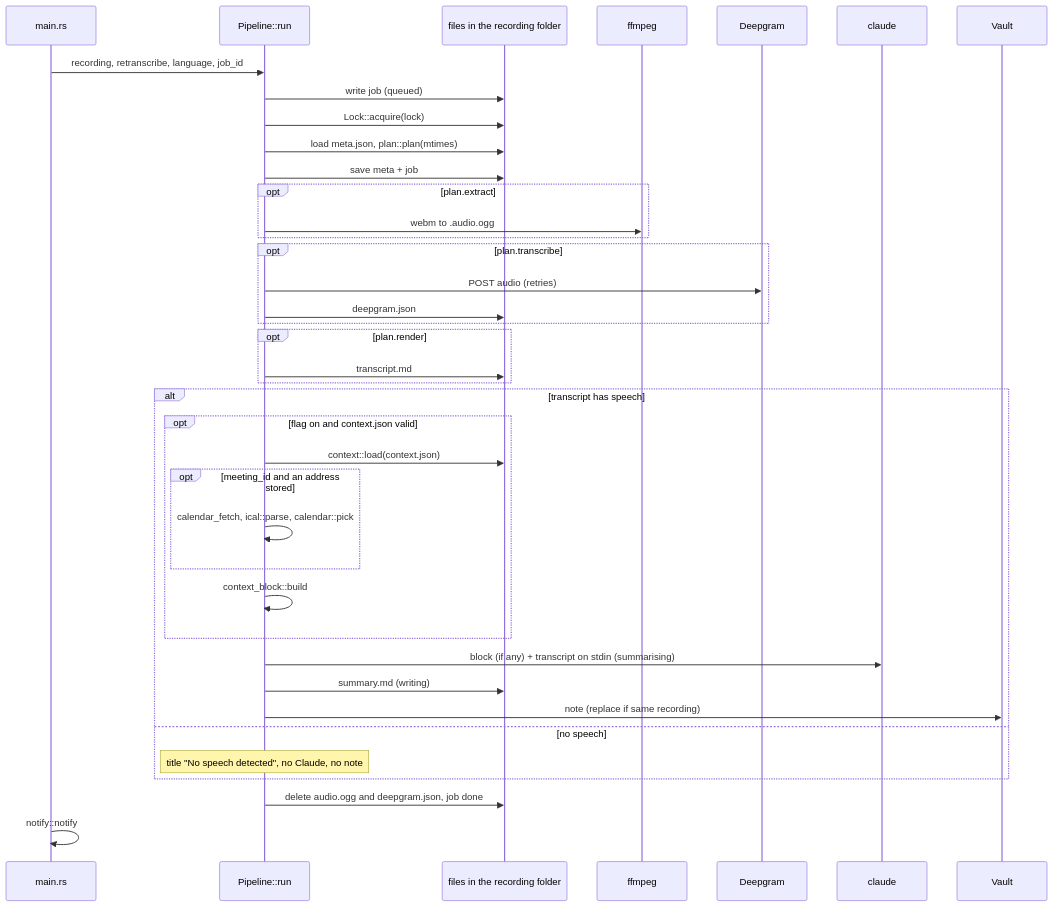
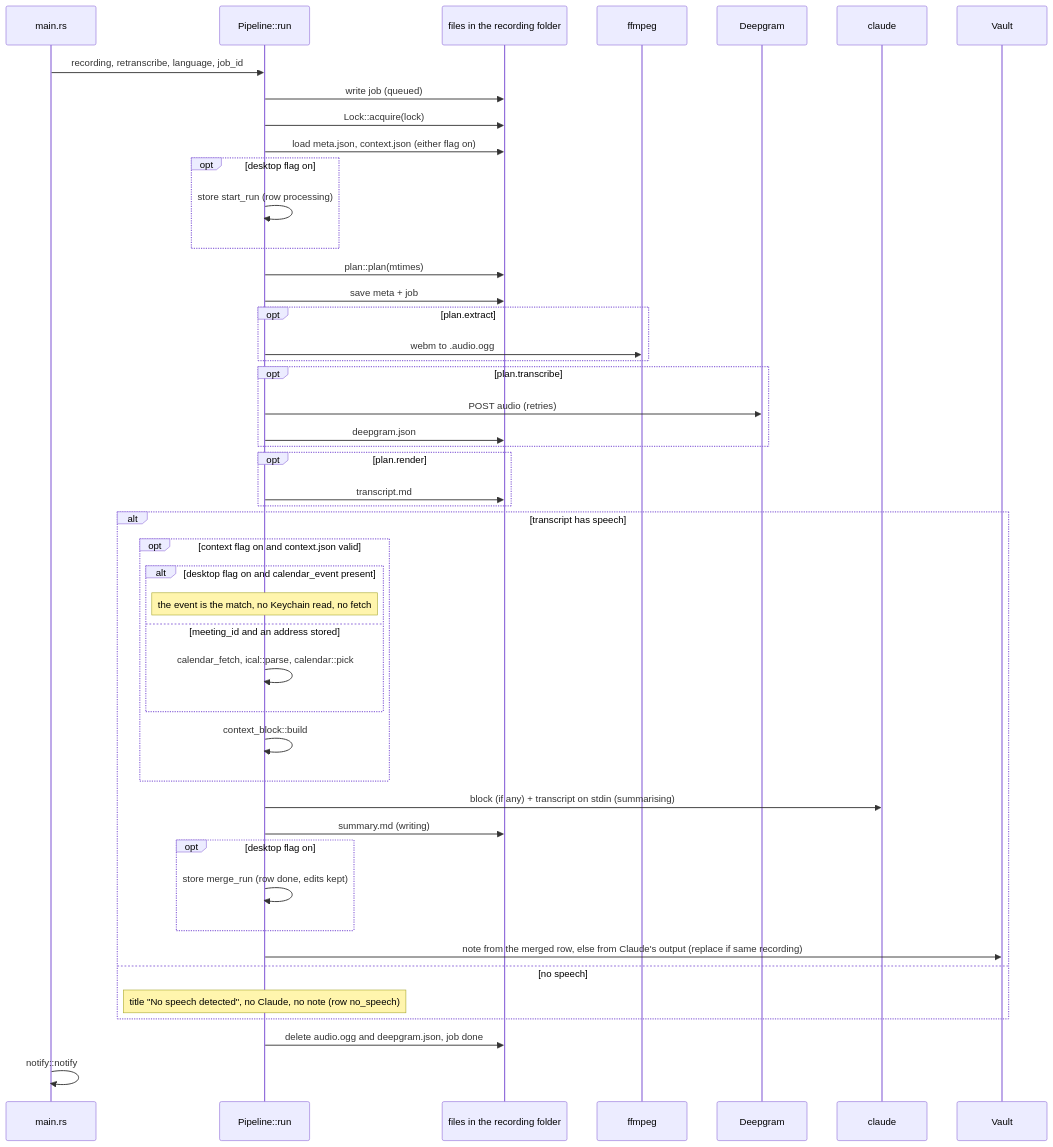
The first of 2 diagrams in docs/features/processing.md (masnun-siam/meeting-manager), drawn with Mermaid before and after one commit. The commit also changed other lines of this file and 2 other files, not shown here.

Commit message:
docs(#139): describe the pipeline's store writes and calendar_event

````diff
--- a/docs/features/processing.md
+++ b/docs/features/processing.md
@@ -22,41 +22,49 @@
 ```mermaid
 sequenceDiagram
     participant M as main.rs
     participant P as Pipeline::run
     participant FS as files in the recording folder
     participant X as ffmpeg
     participant D as Deepgram
     participant C as claude
     participant V as Vault
     M->>P: recording, retranscribe, language, job_id
     P->>FS: write job (queued)
     P->>FS: Lock::acquire(lock)
-    P->>FS: load meta.json, plan::plan(mtimes)
+    P->>FS: load meta.json, context.json (either flag on)
+    opt desktop flag on
+        P->>P: store start_run (row processing)
+    end
+    P->>FS: plan::plan(mtimes)
     P->>FS: save meta + job
     opt plan.extract
         P->>X: webm to .audio.ogg
     end
     opt plan.transcribe
         P->>D: POST audio (retries)
         P->>FS: deepgram.json
     end
     opt plan.render
         P->>FS: transcript.md
     end
     alt transcript has speech
-        opt flag on and context.json valid
-            P->>FS: context::load(context.json)
-            opt meeting_id and an address stored
+        opt context flag on and context.json valid
+            alt desktop flag on and calendar_event present
+                Note over P: the event is the match, no Keychain read, no fetch
+            else meeting_id and an address stored
                 P->>P: calendar_fetch, ical::parse, calendar::pick
             end
             P->>P: context_block::build
         end
         P->>C: block (if any) + transcript on stdin (summarising)
         P->>FS: summary.md (writing)
-        P->>V: note (replace if same recording)
+        opt desktop flag on
+            P->>P: store merge_run (row done, edits kept)
+        end
+        P->>V: note from the merged row, else from Claude's output (replace if same recording)
     else no speech
-        Note over P: title "No speech detected", no Claude, no note
+        Note over P: title "No speech detected", no Claude, no note (row no_speech)
     end
     P->>FS: delete audio.ogg and deepgram.json, job done
     M->>M: notify::notify
 ```
````
